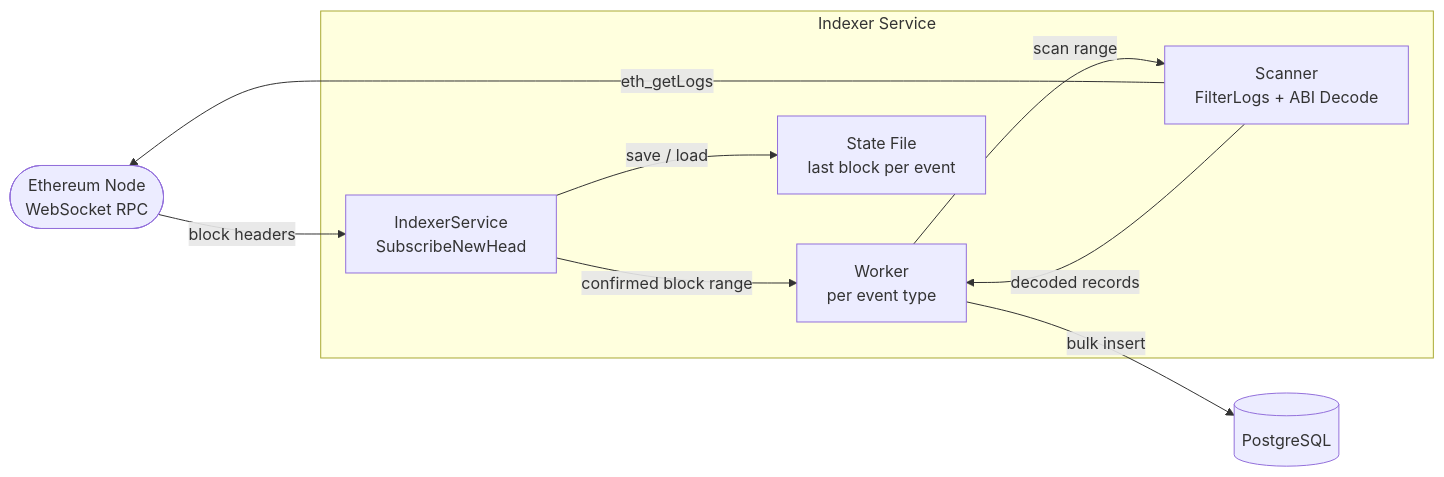
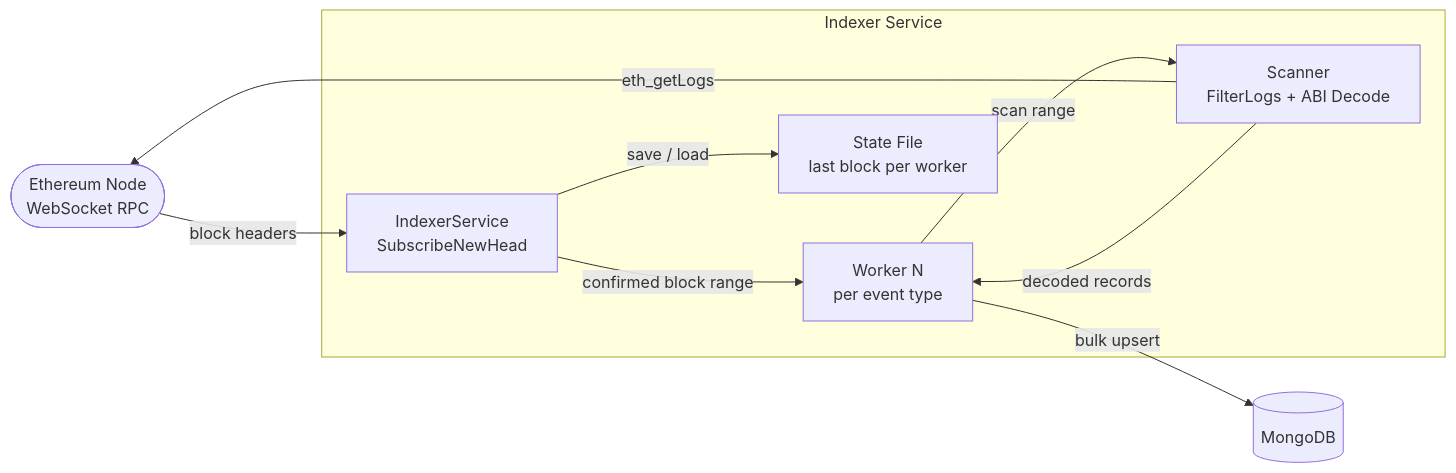
The first of 4 diagrams in README.md (HoseokWon99/eth-indexer), drawn with Mermaid before and after one commit. The commit also changed other lines of this file, not shown here.

````diff
--- a/README.md
+++ b/README.md
@@ -230,21 +223,21 @@
 ```mermaid
 flowchart LR
     ETH(["Ethereum Node\nWebSocket RPC"])
 
     subgraph Indexer["Indexer Service"]
         IS["IndexerService\nSubscribeNewHead"]
-        W["Worker\nper event type"]
+        W["Worker N\nper event type"]
         SC["Scanner\nFilterLogs + ABI Decode"]
-        ST["State File\nlast block per event"]
+        ST["State File\nlast block per worker"]
     end
 
-    PG[("PostgreSQL")]
+    DB[("MongoDB")]
 
     ETH -- "block headers" --> IS
     IS -- "confirmed block range" --> W
     W -- "scan range" --> SC
     SC -- "eth_getLogs" --> ETH
     SC -- "decoded records" --> W
-    W -- "bulk insert" --> PG
+    W -- "bulk upsert" --> DB
     IS -- "save / load" --> ST
 ```
````
